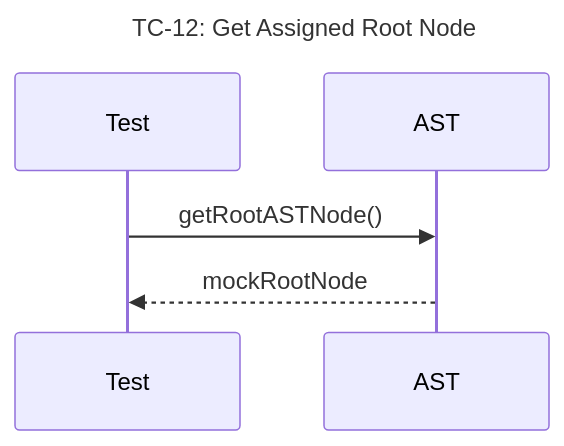
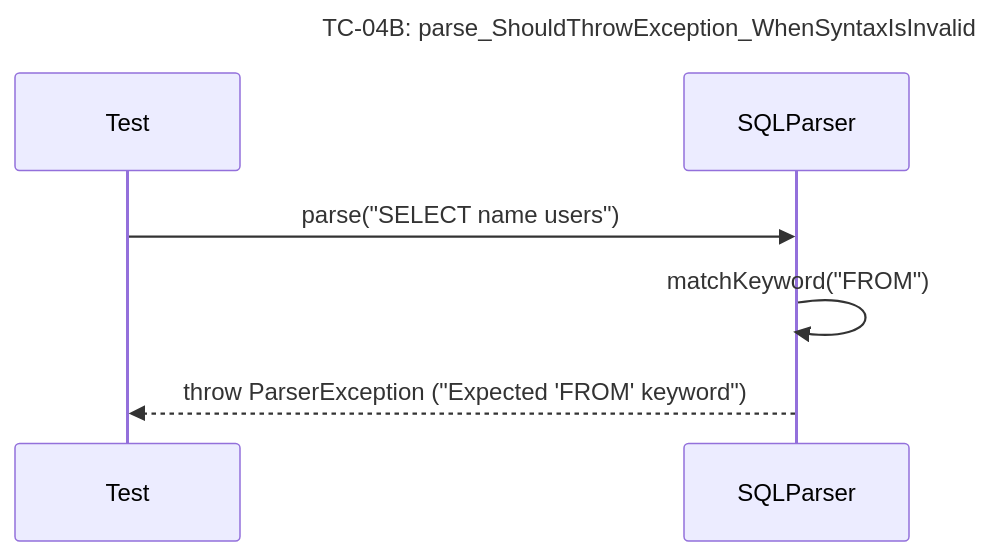
Before and after one commit to Dikhang1112/Database_Management_BBV: diagram 17 of 41 in docs/unit_test/query_prossor/SequeceTestCase.md, drawn with Mermaid. The commit also changed other lines of this file and 6 other files, not shown here.

Commit message:
Add docs sequece diagram and scenario testcase

````diff
--- a/docs/unit_test/query_prossor/SequeceTestCase.md
+++ b/docs/unit_test/query_prossor/SequeceTestCase.md
@@ -200,9 +233,10 @@
 ```mermaid
 sequenceDiagram
-    title TC-12: Get Assigned Root Node
+    title TC-04B: parse_ShouldThrowException_WhenSyntaxIsInvalid
     participant Test
-    participant AST
+    participant SQLParser
 
-    Test->>AST: getRootASTNode()
-    AST-->>Test: mockRootNode
+    Test->>SQLParser: parse("SELECT name users")
+    SQLParser->>SQLParser: matchKeyword("FROM")
+    SQLParser-->>Test: throw ParserException ("Expected 'FROM' keyword")
 ```
````
